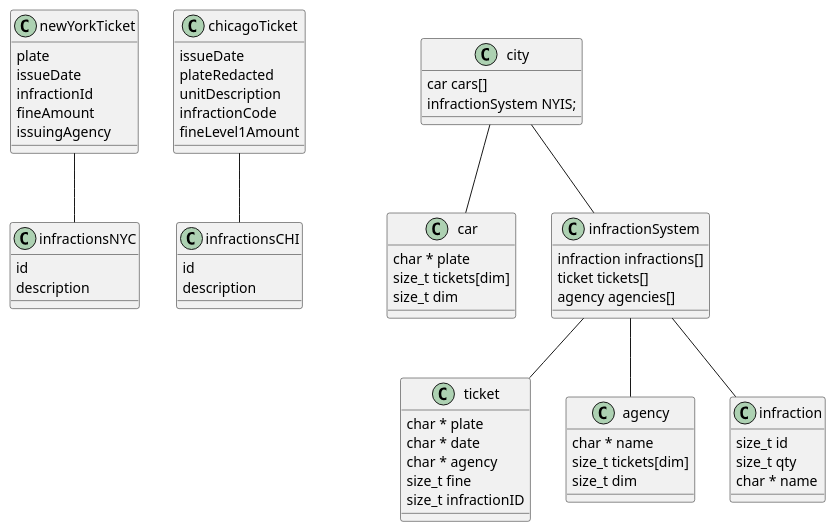
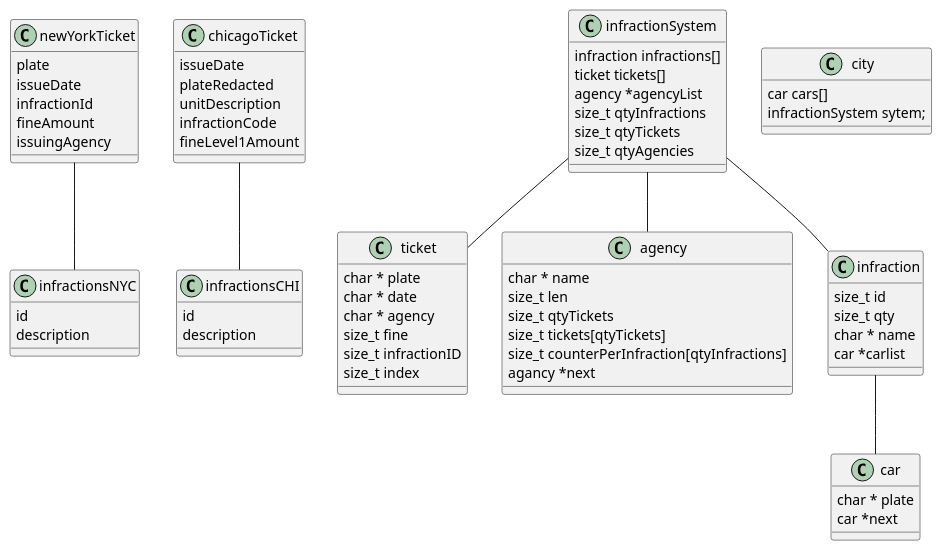
The diagram in structure_objects.puml (AugustoOspal/Proyecto_Final_PI), drawn with PlantUML before and after one commit.

Commit message:
I liked the previous idea of the structure, but it was only efficient with hash tables, so instead of that we are going to use a vector for the infractions and a list of cars with that infraction in every single infraction, so in that way be can find "easily" the plate and count it efficiently. We plan to use binary search for the infraction vector. The vector will be sorted because it was a list before that. Although it was more realistic and more future-proof to use a city class and a more complex cars class we opted to change it for this work.

```diff
--- a/structure_objects.puml
+++ b/structure_objects.puml
@@ -1,89 +1,93 @@
 @startuml
 
 class newYorkTicket
 {
     plate
     issueDate
     infractionId
     fineAmount
     issuingAgency
 }
 
 class infractionsNYC
 {
     id
     description
 }
 
 class chicagoTicket
 {
     issueDate
     plateRedacted
     unitDescription
     infractionCode
     fineLevel1Amount
 }
 
 class infractionsCHI
 {
     id
     description
 }
 
 class ticket
 {
     char * plate
     char * date
     char * agency
     size_t fine
     size_t infractionID
+    size_t index
 }
 
 newYorkTicket -- infractionsNYC
 chicagoTicket -- infractionsCHI
 
 ' Ideas
 class city
 {
     car cars[]
-    'New York Infraction System
-    infractionSystem NYIS;
+    infractionSystem sytem;
 }
 
 class car
 {
     char * plate
-    'vector of positions for tickets in city
-    size_t tickets[dim]
-    size_t dim
+    car *next
 }
 
 class agency
 {
     char * name
+    size_t len
     'vector of positions for tickets in city
-    size_t tickets[dim]
-    size_t dim
+    size_t qtyTickets
+    size_t tickets[qtyTickets]
+    size_t counterPerInfraction[qtyInfractions]
+    agancy *next
 }
 
 class infraction
 {
     size_t id
     size_t qty
     char * name
+    car *carlist
 }
 
 class infractionSystem
 {
     infraction infractions[]
     ticket tickets[]
-    agency agencies[]
+    agency *agencyList
+    size_t qtyInfractions
+    size_t qtyTickets
+    size_t qtyAgencies
 }
 
-city -- car
-city -- infractionSystem
 infractionSystem -- agency
 infractionSystem -- ticket
 infractionSystem -- infraction
+infraction -- car
 
 @enduml
```
